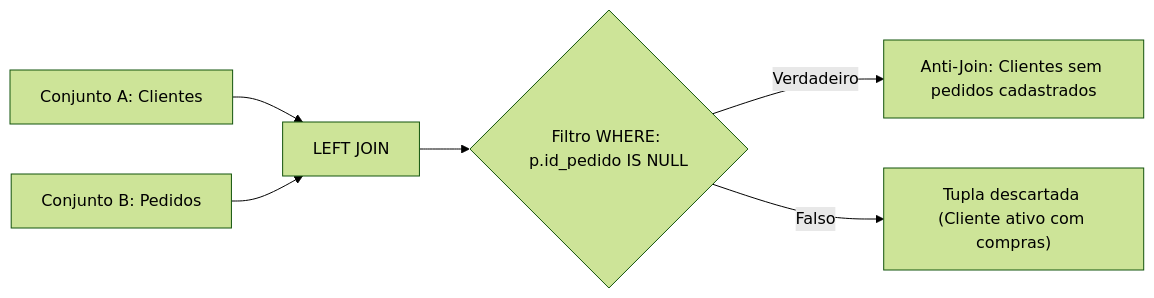
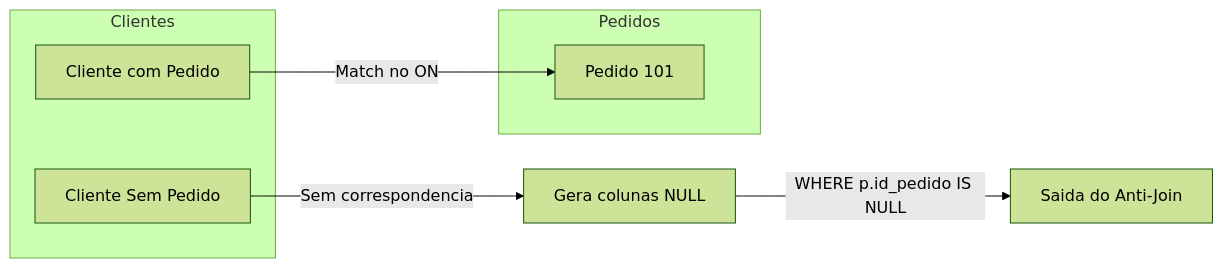
Before and after one commit to murilolol/unifef: the fifth of 13 diagrams in 4º Semestre/[Prof. Welington Garcia] Tópicos Avançados em Banco de Dados/Resumos-IA/Caderno-Consolidado.md, drawn with Mermaid (forest theme). The commit also changed other lines of this file and 25 other files, not shown here.

````diff
--- a/4º Semestre/[Prof. Welington Garcia] Tópicos Avançados em Banco de Dados/Resumos-IA/Caderno-Consolidado.md
+++ b/4º Semestre/[Prof. Welington Garcia] Tópicos Avançados em Banco de Dados/Resumos-IA/Caderno-Consolidado.md
@@ -397,8 +451,13 @@
 ```mermaid
 flowchart LR
-  A["Conjunto A: Clientes"] --> LJ["LEFT JOIN"]
-  B["Conjunto B: Pedidos"] --> LJ
-  LJ --> F{"Filtro WHERE: p.id_pedido IS NULL"}
-  F -->|"Verdadeiro"| R["Anti-Join: Clientes sem pedidos cadastrados"]
-  F -->|"Falso"| D["Tupla descartada (Cliente ativo com compras)"]
+  subgraph Clientes
+    C1["Cliente com Pedido"]
+    C2["Cliente Sem Pedido"]
+  end
+  subgraph Pedidos
+    P1["Pedido 101"]
+  end
+  C1 -->|"Match no ON"| P1
+  C2 -->|"Sem correspondencia"| NullVal["Gera colunas NULL"]
+  NullVal -->|"WHERE p.id_pedido IS NULL"| Retorno["Saida do Anti-Join"]
 ```
````
